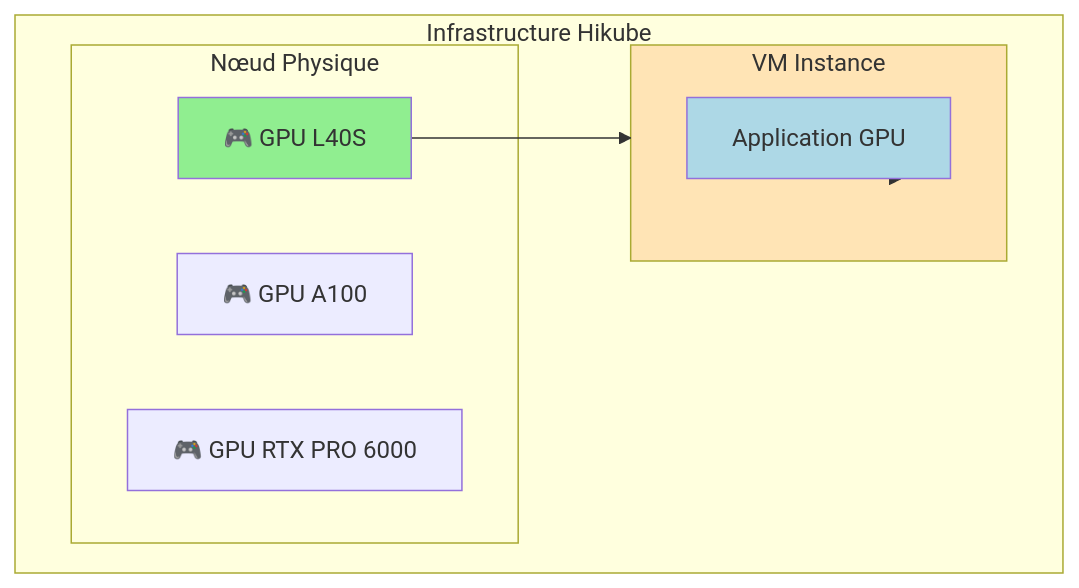
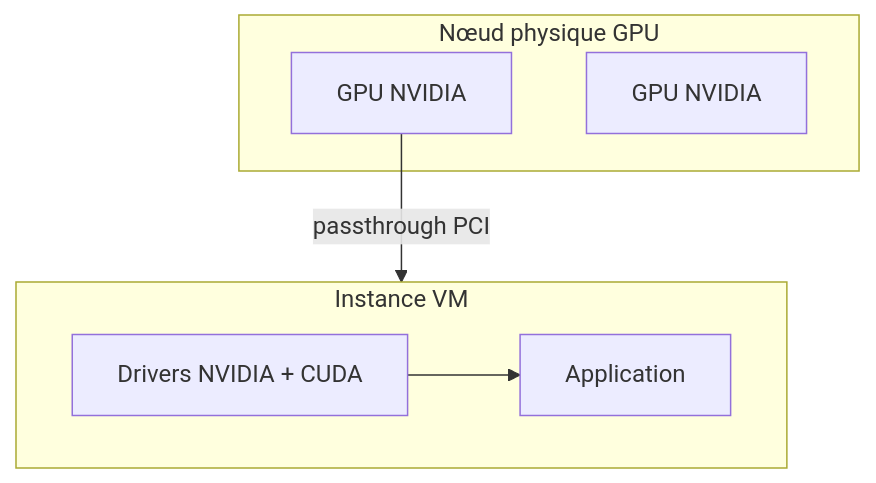
Before and after one commit to HidoraSwiss/hikube-public-doc: the first of 2 diagrams in docs/services/gpu/overview.md, drawn with Mermaid. The commit also changed other lines of this file and 22 other files, not shown here.

````diff
--- a/docs/services/gpu/overview.md
+++ b/docs/services/gpu/overview.md
@@ -71,21 +59,15 @@
 ```mermaid
 flowchart TD
-    subgraph HIKUBE["Infrastructure Hikube"]
-        subgraph NODE["Nœud Physique"]
-            GPU1["🎮 GPU L40S"]
-            GPU2["🎮 GPU A100"]
-            GPU3["🎮 GPU RTX PRO 6000"]
-        end
-        
-        subgraph VM1["VM Instance"]
-            APP1["Application GPU"]
-        end
+    subgraph NODE["Nœud physique GPU"]
+        GPU1["GPU NVIDIA"]
+        GPU2["GPU NVIDIA"]
     end
-    
-    GPU1 --> VM1
-    VM1 --> APP1
-    
-    style GPU1 fill:#90EE90
-    style VM1 fill:#FFE4B5
-    style APP1 fill:#ADD8E6
+
+    subgraph VM1["Instance VM"]
+        DRV["Drivers NVIDIA + CUDA"]
+        APP1["Application"]
+    end
+
+    GPU1 -->|passthrough PCI| VM1
+    DRV --> APP1
 ```
````
